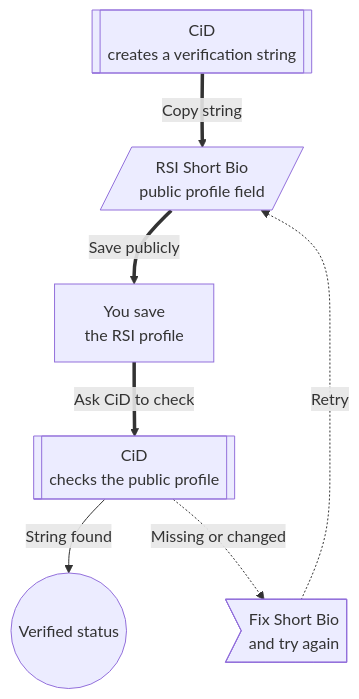
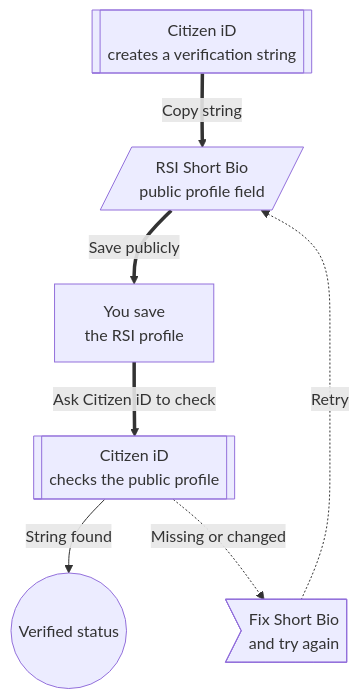
One commit to ArkanisCorporation/CitizenId-docs changed the diagram in docs/players/rsi-verification.md. Above: the diagram before and after it, drawn with Mermaid. The commit also changed other lines of this file and 4 other files, not shown here.

````diff
--- a/docs/players/rsi-verification.md
+++ b/docs/players/rsi-verification.md
@@ -19,22 +19,22 @@
 ```mermaid
 flowchart TD
-  cid[["CiD<br/>creates a verification string"]]
+  cid[["Citizen iD<br/>creates a verification string"]]
   rsi[/"RSI Short Bio<br/>public profile field"/]
   save["You save<br/>the RSI profile"]
-  check[["CiD<br/>checks the public profile"]]
+  check[["Citizen iD<br/>checks the public profile"]]
   verified((Verified status))
   retry>Fix Short Bio<br/>and try again]
 
   cid ==>|Copy string| rsi
   rsi ==>|Save publicly| save
-  save ==>|Ask CiD to check| check
+  save ==>|Ask Citizen iD to check| check
   check -->|"String found"| verified
   check -. "Missing or changed" .-> retry
   retry -. "Retry" .-> rsi
 
   class cid,check service;
   class rsi context;
   class save action;
   class verified success;
   class retry caution;
 ```
````
